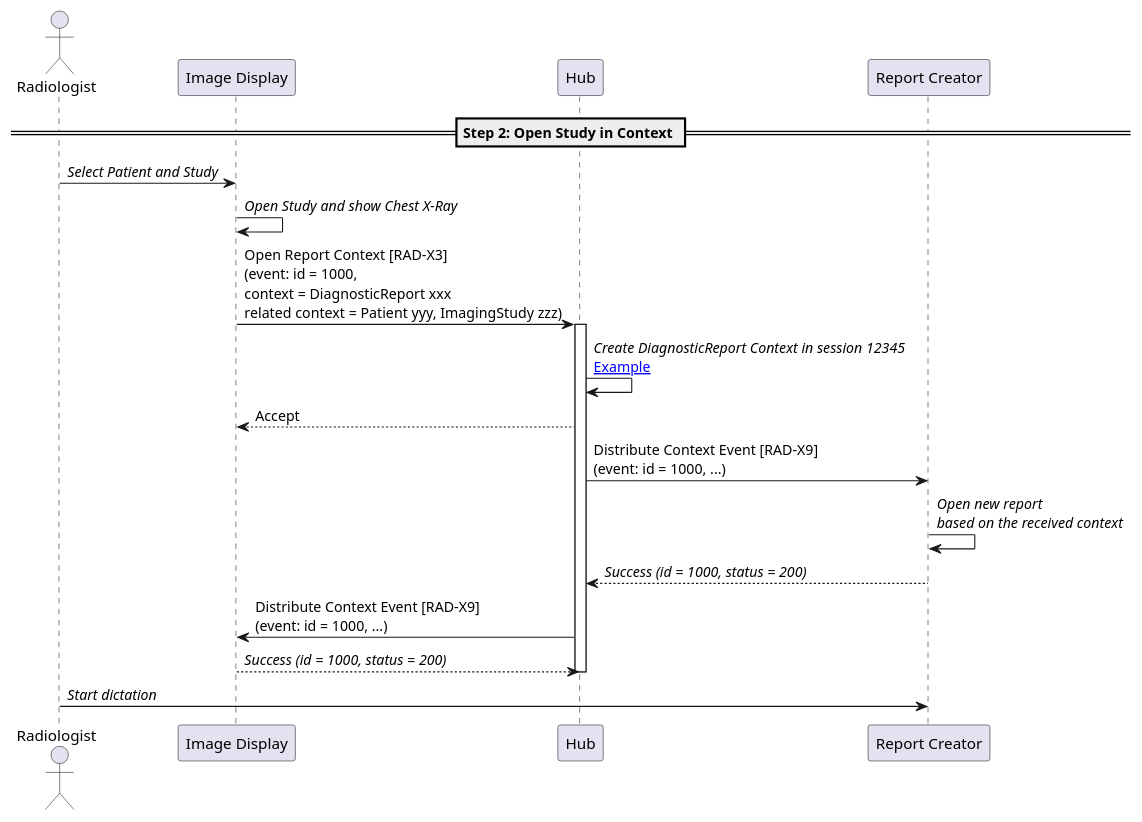
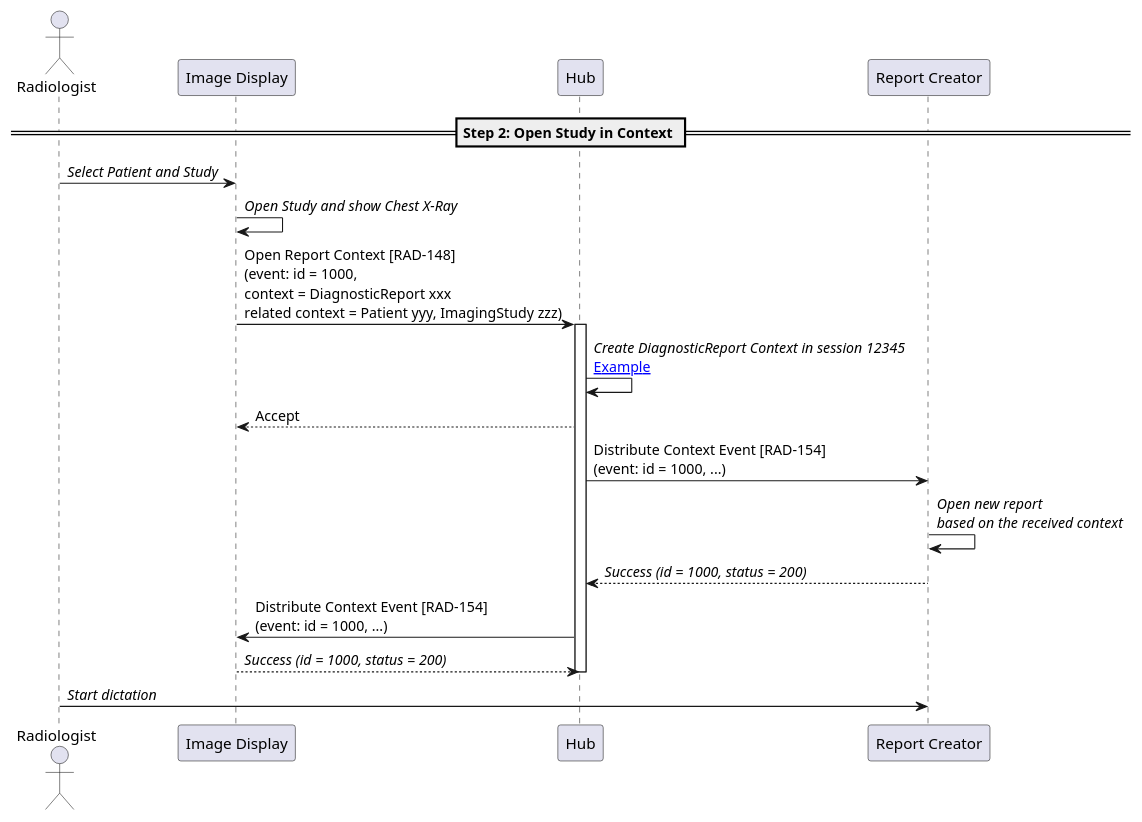
The diagram in input/images-source/step2-open-study-in-context.plantuml (IHE/RAD.IRA), drawn with PlantUML before and after one commit. The commit also changed 44 other files, not shown here.

```diff
--- a/input/images-source/step2-open-study-in-context.plantuml
+++ b/input/images-source/step2-open-study-in-context.plantuml
@@ -1,29 +1,29 @@
 @startuml
 
 actor Radiologist as User
 participant "Image Display" as PACS
 participant "Hub" as Hub
 participant "Report Creator" as Report
 
 == Step 2: Open Study in Context ==
 
 User->PACS: //Select Patient and Study//
 PACS->PACS: //Open Study and show Chest X-Ray//
 
-PACS->Hub: Open Report Context [RAD-X3]\n(event: id = 1000,\ncontext = DiagnosticReport xxx\nrelated context = Patient yyy, ImagingStudy zzz)
+PACS->Hub: Open Report Context [RAD-148]\n(event: id = 1000,\ncontext = DiagnosticReport xxx\nrelated context = Patient yyy, ImagingStudy zzz)
 activate Hub
 
 Hub->Hub: //Create DiagnosticReport Context in session 12345//\n[[open_study_for_reporting.html#available-context-and-content-in-hub Example]]
 Hub-->PACS: Accept
 
-Hub->Report: Distribute Context Event [RAD-X9]\n(event: id = 1000, ...)
+Hub->Report: Distribute Context Event [RAD-154]\n(event: id = 1000, ...)
 Report->Report: //Open new report//\n//based on the received context//
 Report-->Hub: //Success (id = 1000, status = 200)//
 
-Hub->PACS: Distribute Context Event [RAD-X9]\n(event: id = 1000, ...)
+Hub->PACS: Distribute Context Event [RAD-154]\n(event: id = 1000, ...)
 PACS-->Hub: //Success (id = 1000, status = 200)//
 deactivate Hub
 
 User->Report: //Start dictation//
 
 @enduml
```
